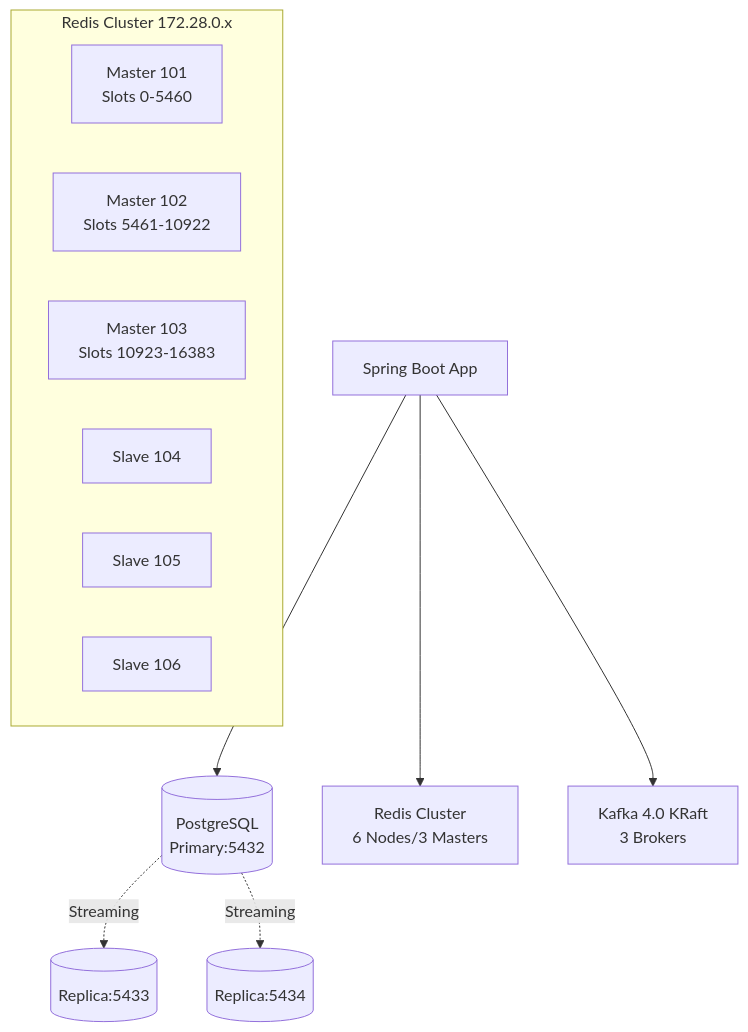
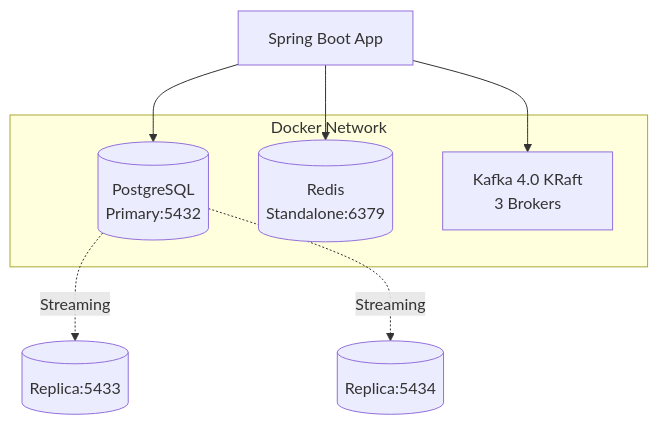
One commit to Arisgod1/Zkp_rkp changed the second of 2 diagrams in README.md. Above: the diagram before and after it, drawn with Mermaid. The commit also changed other lines of this file and 25 other files, not shown here.

````diff
--- a/README.md
+++ b/README.md
@@ -57,18 +58,15 @@
 ```mermaid
 graph TB
     App[Spring Boot App] --> Pg[(PostgreSQL<br/>Primary:5432)]
     Pg -.->|Streaming| Rep1[(Replica:5433)]
     Pg -.->|Streaming| Rep2[(Replica:5434)]
     
-    App --> Redis[Redis Cluster<br/>6 Nodes/3 Masters]
+    App --> Redis[(Redis<br/>Standalone:6379)]
     App --> Kafka[Kafka 4.0 KRaft<br/>3 Brokers]
     
-    subgraph "Redis Cluster 172.28.0.x"
-        R1[Master 101<br/>Slots 0-5460]
-        R2[Master 102<br/>Slots 5461-10922]
-        R3[Master 103<br/>Slots 10923-16383]
-        R4[Slave 104]
-        R5[Slave 105]
-        R6[Slave 106]
+    subgraph "Docker Network"
+        Pg
+        Redis
+        Kafka
     end
 ```
````
